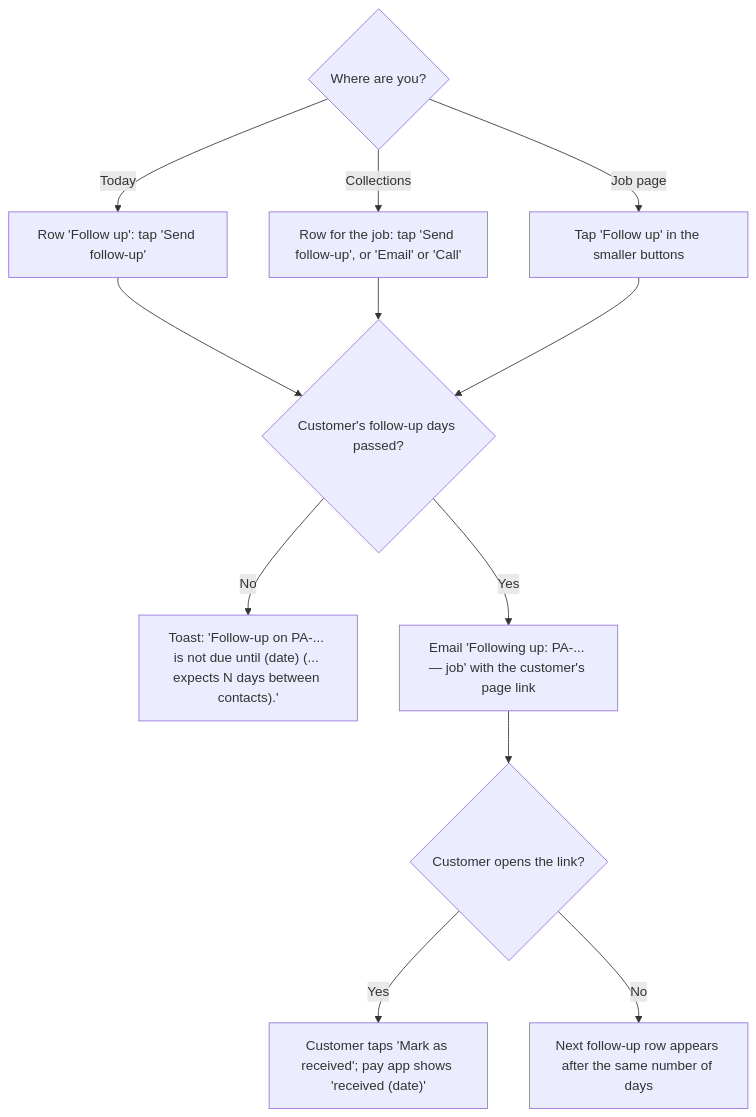
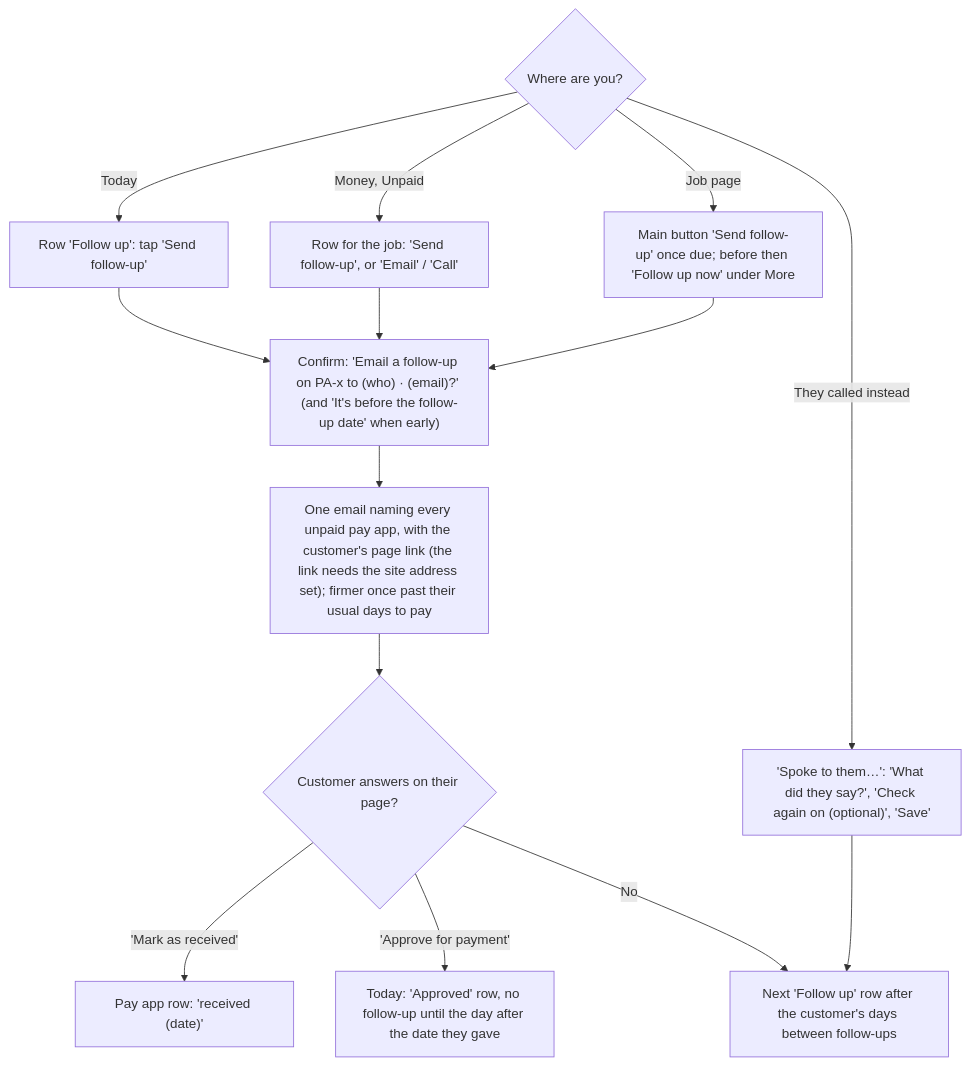
The ninth of 15 diagrams in docs/client-flows.md (cartwrightstephen/billdable), drawn with Mermaid before and after one commit. The commit also changed other lines of this file and 15 other files, not shown here.

First line of the commit message:
Round 6: R6-11 wireframes and flows caught up with the app

````diff
--- a/docs/client-flows.md
+++ b/docs/client-flows.md
@@ -343,14 +330,16 @@
 ```mermaid
 flowchart TD
     A{"Where are you?"} -->|"Today"| B["Row 'Follow up': tap 'Send follow-up'"]
-    A -->|"Collections"| C["Row for the job: tap 'Send follow-up', or 'Email' or 'Call'"]
-    A -->|"Job page"| D["Tap 'Follow up' in the smaller buttons"]
-    B --> E{"Customer's follow-up days passed?"}
+    A -->|"Money, Unpaid"| C["Row for the job: 'Send follow-up', or 'Email' / 'Call'"]
+    A -->|"Job page"| D["Main button 'Send follow-up' once due; before then 'Follow up now' under More"]
+    B --> E["Confirm: 'Email a follow-up on PA-x to (who) · (email)?' (and 'It's before the follow-up date' when early)"]
     C --> E
     D --> E
-    E -->|"No"| F["Toast: 'Follow-up on PA-... is not due until (date) (... expects N days between contacts).'"]
-    E -->|"Yes"| G["Email 'Following up: PA-... — job' with the customer's page link"]
-    G --> H{"Customer opens the link?"}
-    H -->|"Yes"| I["Customer taps 'Mark as received'; pay app shows 'received (date)'"]
-    H -->|"No"| J["Next follow-up row appears after the same number of days"]
+    E --> G["One email naming every unpaid pay app, with the customer's page link (the link needs the site address set); firmer once past their usual days to pay"]
+    G --> H{"Customer answers on their page?"}
+    H -->|"'Mark as received'"| I["Pay app row: 'received (date)'"]
+    H -->|"'Approve for payment'"| I2["Today: 'Approved' row, no follow-up until the day after the date they gave"]
+    H -->|"No"| J["Next 'Follow up' row after the customer's days between follow-ups"]
+    A -->|"They called instead"| K["'Spoke to them…': 'What did they say?', 'Check again on (optional)', 'Save'"]
+    K --> J
 ```
````
